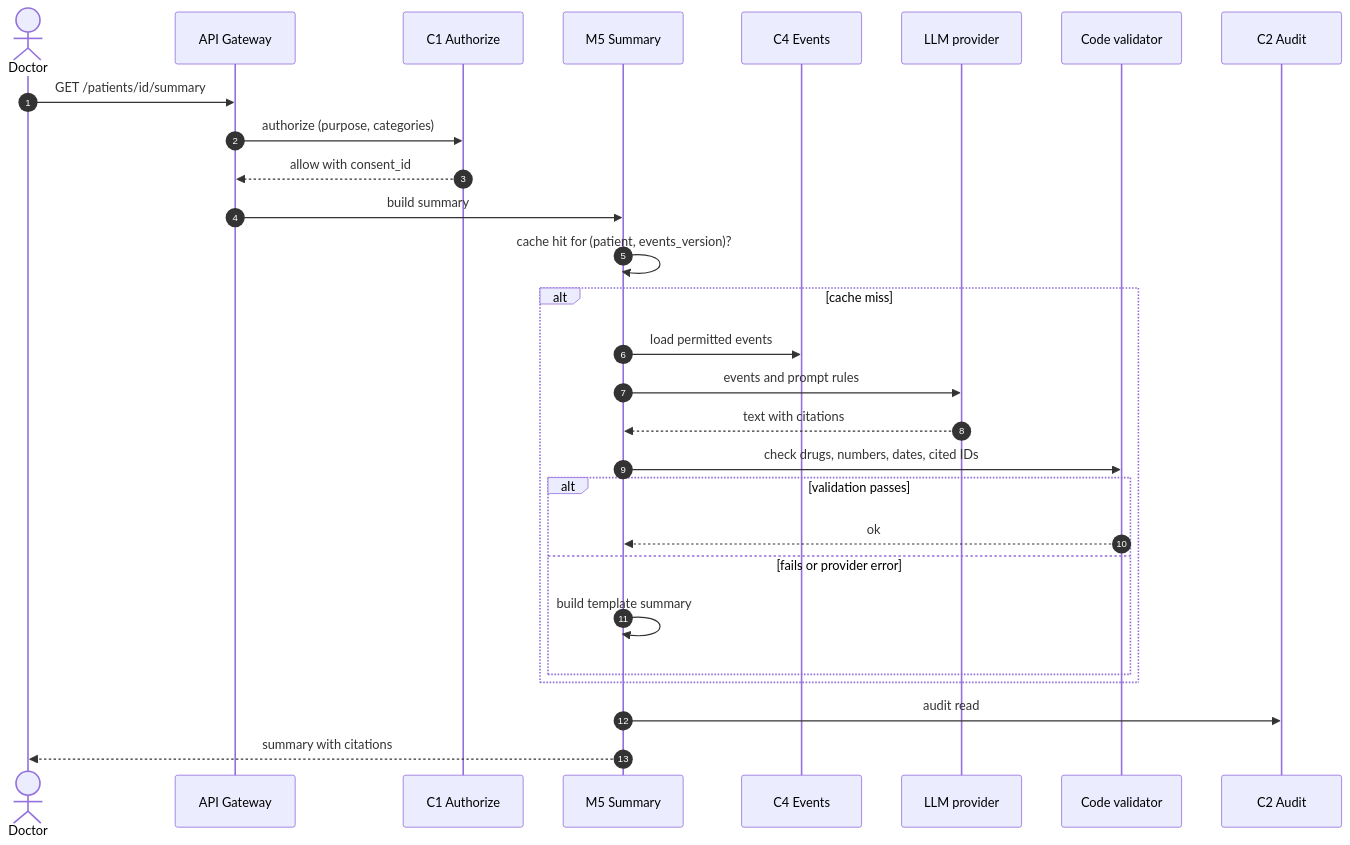
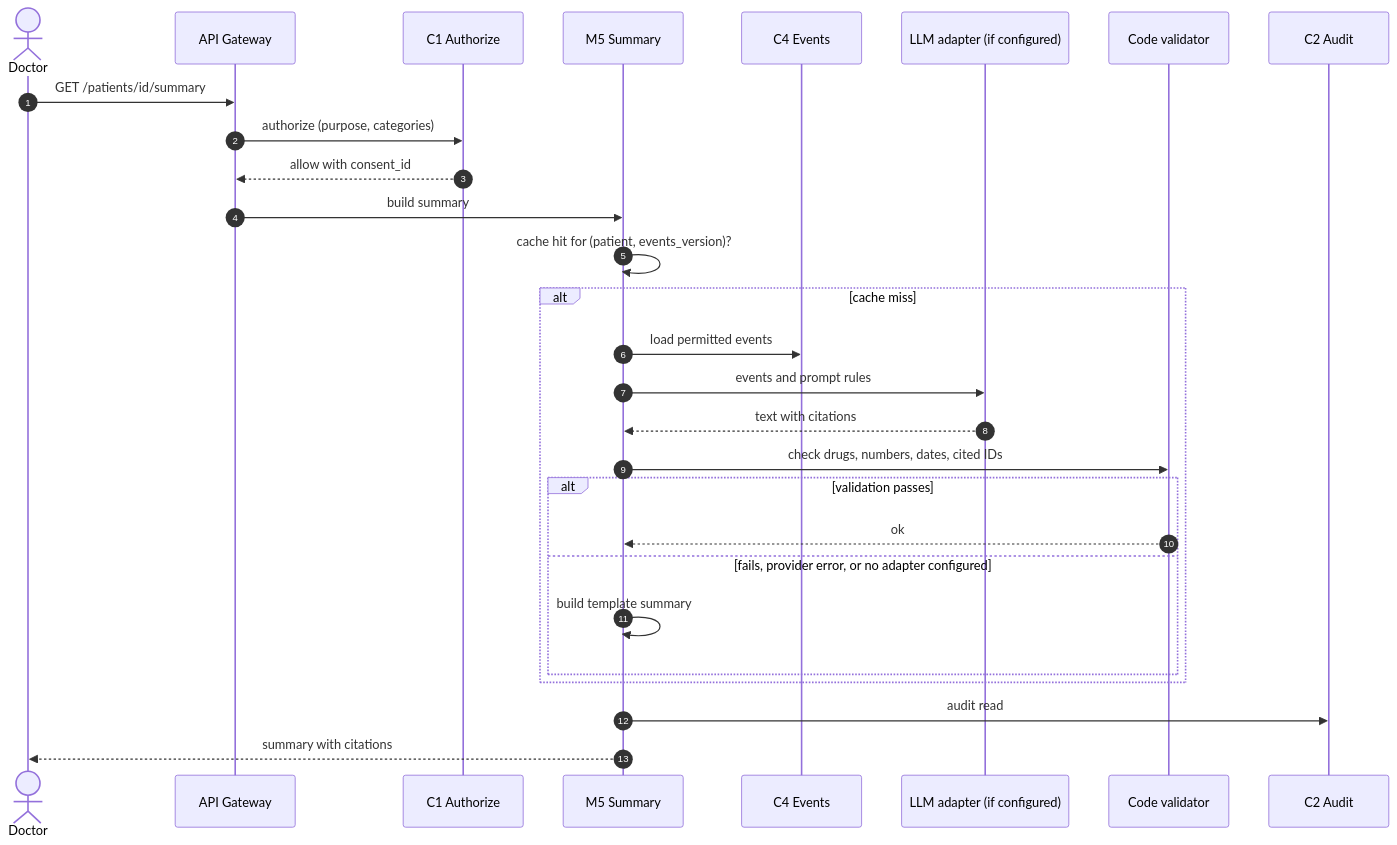
One commit to sarwar-islam/swasthyoid changed diagram 13 of 32 in docs/FRD.md. Above: the diagram before and after it, drawn with Mermaid. The commit also changed other lines of this file and 4 other files, not shown here.

````diff
--- a/docs/FRD.md
+++ b/docs/FRD.md
@@ -506,31 +522,31 @@
 ```mermaid
 sequenceDiagram
     autonumber
     actor Doc as Doctor
     participant API as API Gateway
     participant C1 as C1 Authorize
     participant M5 as M5 Summary
     participant C4 as C4 Events
-    participant LLM as LLM provider
+    participant LLM as LLM adapter (if configured)
     participant VAL as Code validator
     participant C2 as C2 Audit
 
     Doc->>API: GET /patients/id/summary
     API->>C1: authorize (purpose, categories)
     C1-->>API: allow with consent_id
     API->>M5: build summary
     M5->>M5: cache hit for (patient, events_version)?
     alt cache miss
         M5->>C4: load permitted events
         M5->>LLM: events and prompt rules
         LLM-->>M5: text with citations
         M5->>VAL: check drugs, numbers, dates, cited IDs
         alt validation passes
             VAL-->>M5: ok
-        else fails or provider error
+        else fails, provider error, or no adapter configured
             M5->>M5: build template summary
         end
     end
     M5->>C2: audit read
     M5-->>Doc: summary with citations
 ```
````
